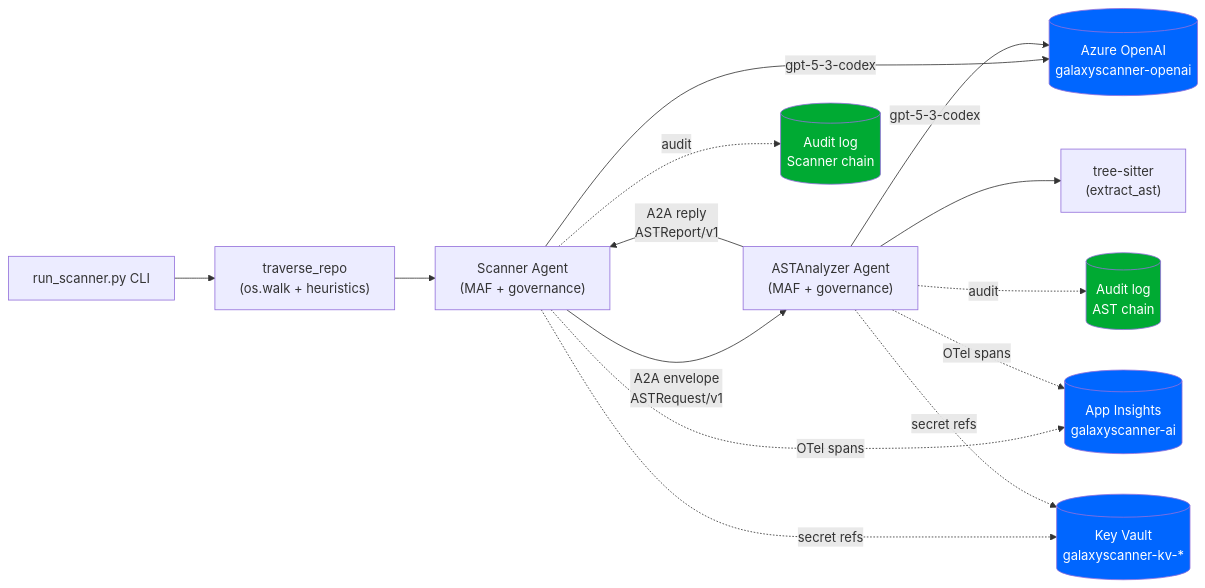
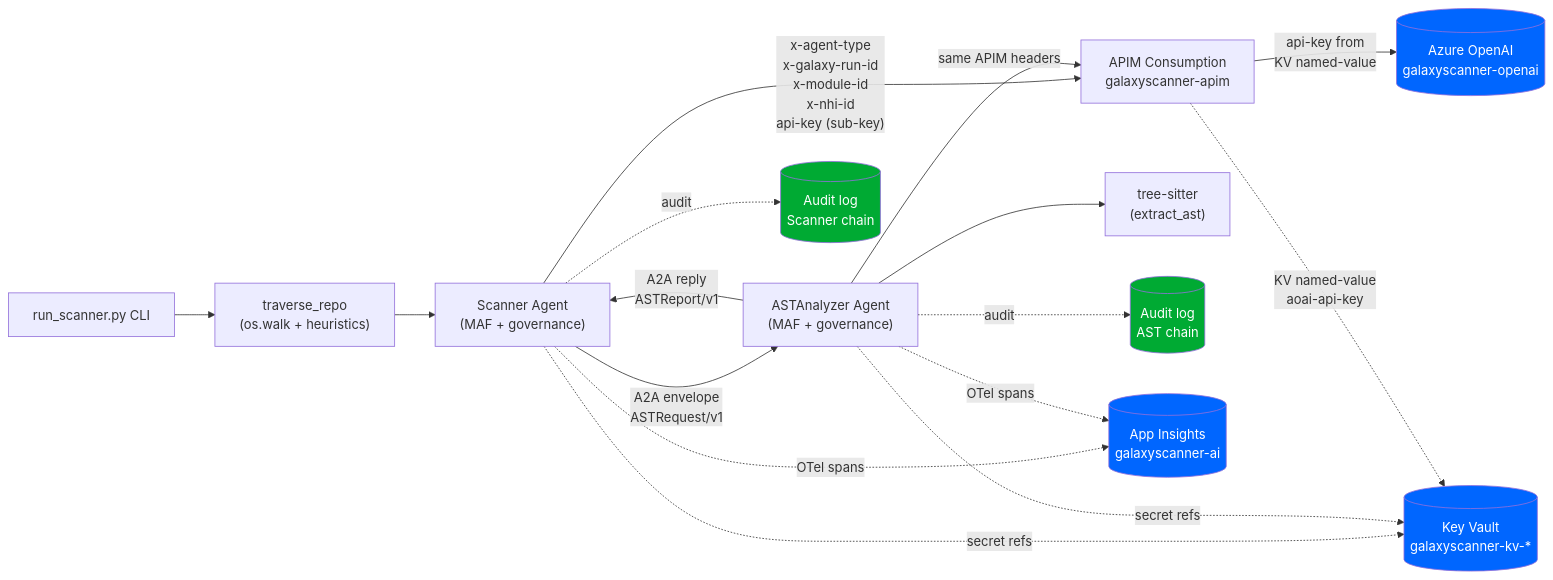
The first of 11 diagrams in docs/architecture.md (rlpatrao/agent-gov-sec), drawn with Mermaid before and after one commit. The commit also changed other lines of this file and 4 other files, not shown here.

````diff
--- a/docs/architecture.md
+++ b/docs/architecture.md
@@ -23,20 +22,22 @@
 ```mermaid
 flowchart LR
   CLI["run_scanner.py CLI"] --> Walk["traverse_repo<br/>(os.walk + heuristics)"]
   Walk --> Scanner["Scanner Agent<br/>(MAF + governance)"]
-  Scanner -->|gpt-5-3-codex| AOAI[("Azure OpenAI<br/>galaxyscanner-openai")]
+  Scanner -->|"x-agent-type<br/>x-galaxy-run-id<br/>x-module-id<br/>x-nhi-id<br/>api-key (sub-key)"| APIM["APIM Consumption<br/>galaxyscanner-apim"]
+  APIM -->|"api-key from<br/>KV named-value"| AOAI[("Azure OpenAI<br/>galaxyscanner-openai")]
   Scanner -->|"A2A envelope<br/>ASTRequest/v1"| AST["ASTAnalyzer Agent<br/>(MAF + governance)"]
   AST --> Parser["tree-sitter<br/>(extract_ast)"]
-  AST -->|gpt-5-3-codex| AOAI
+  AST -->|"same APIM headers"| APIM
   AST -->|"A2A reply<br/>ASTReport/v1"| Scanner
 
   Scanner -. audit .-> SAud[("Audit log<br/>Scanner chain")]
   AST -. audit .-> AAud[("Audit log<br/>AST chain")]
   Scanner & AST -. OTel spans .-> AI[("App Insights<br/>galaxyscanner-ai")]
   Scanner & AST -. secret refs .-> KV[("Key Vault<br/>galaxyscanner-kv-*")]
+  APIM -. KV named-value<br/>aoai-api-key .-> KV
 
   classDef sink fill:#0a3,color:#fff;
   classDef azure fill:#06f,color:#fff;
   class AOAI,AI,KV azure
   class SAud,AAud sink
 ```
````
